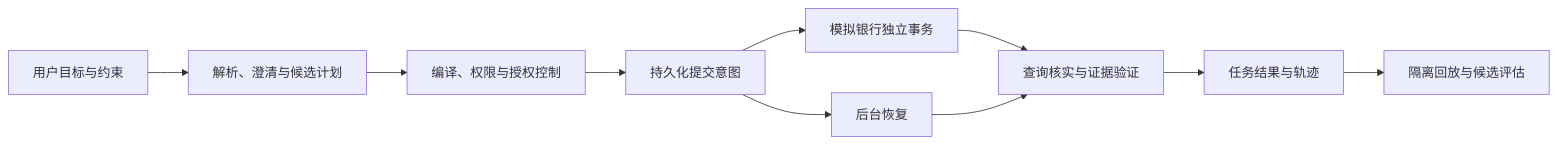
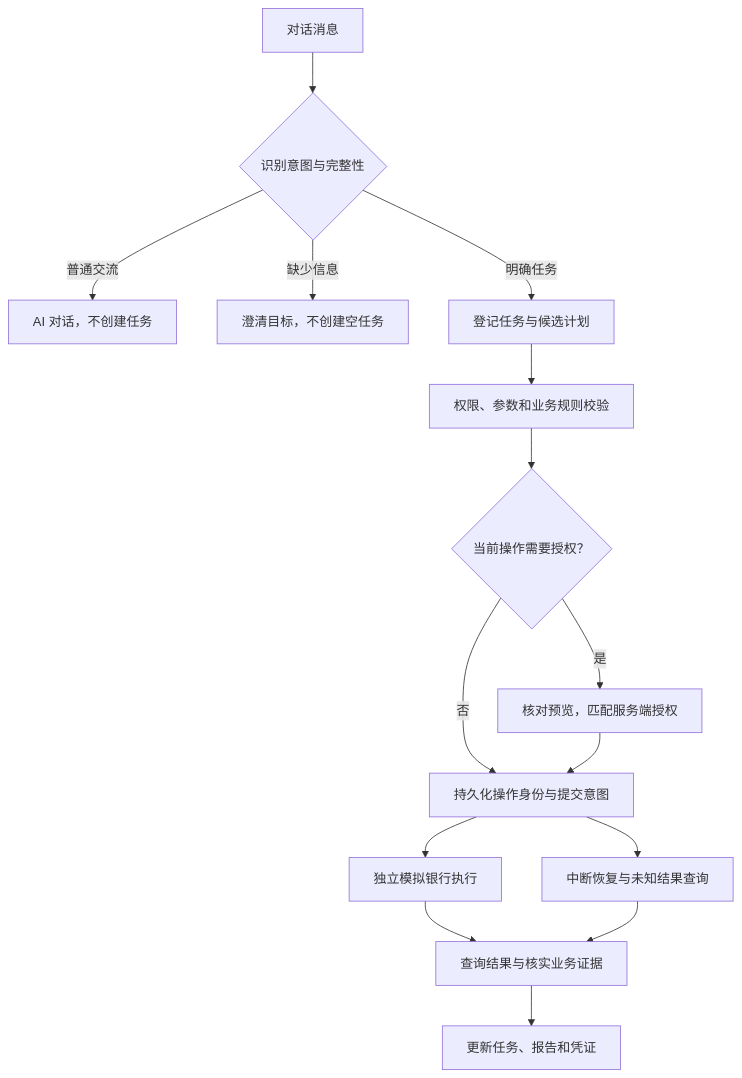
The diagram in README.md (MagDaob/finguard), drawn with Mermaid before and after one commit. The commit also changed other lines of this file and 1 other file, not shown here.

````diff
--- a/README.md
+++ b/README.md
@@ -29,12 +109,17 @@
 ```mermaid
-flowchart LR
-    U["用户目标与约束"] --> P["解析、澄清与候选计划"]
-    P --> C["编译、权限与授权控制"]
-    C --> I["持久化提交意图"]
-    I --> B["模拟银行独立事务"]
-    B --> V["查询核实与证据验证"]
-    V --> R["任务结果与轨迹"]
-    I --> W["后台恢复"]
+flowchart TD
+    U["对话消息"] --> D{"识别意图与完整性"}
+    D -->|普通交流| H["AI 对话，不创建任务"]
+    D -->|缺少信息| Q["澄清目标，不创建空任务"]
+    D -->|明确任务| T["登记任务与候选计划"]
+    T --> C["权限、参数和业务规则校验"]
+    C --> A{"当前操作需要授权？"}
+    A -->|是| F["核对预览，匹配服务端授权"]
+    A -->|否| I["持久化操作身份与提交意图"]
+    F --> I
+    I --> B["独立模拟银行执行"]
+    B --> V["查询结果与核实业务证据"]
+    V --> R["更新任务、报告和凭证"]
+    I --> W["中断恢复与未知结果查询"]
     W --> V
-    R --> E["隔离回放与候选评估"]
 ```
````
